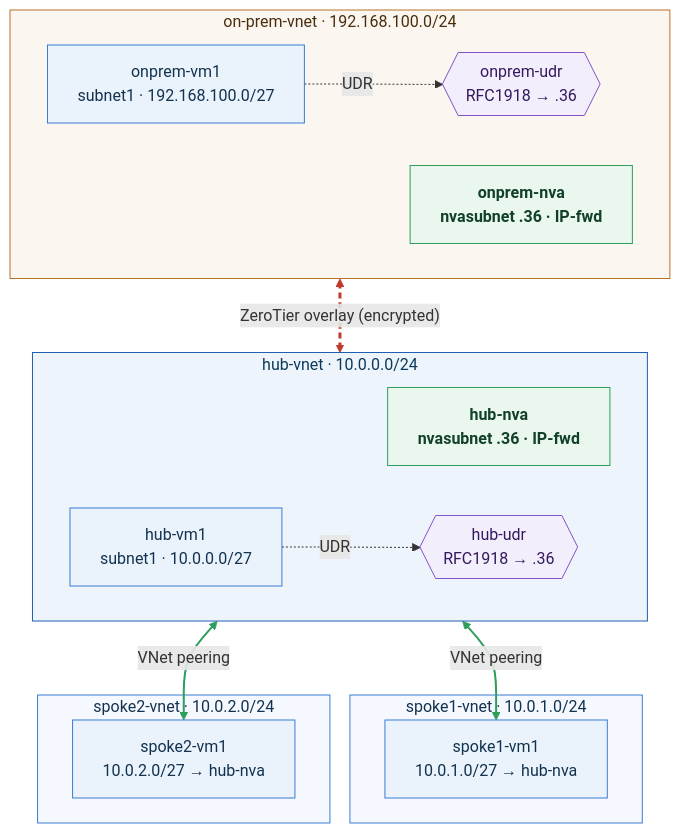
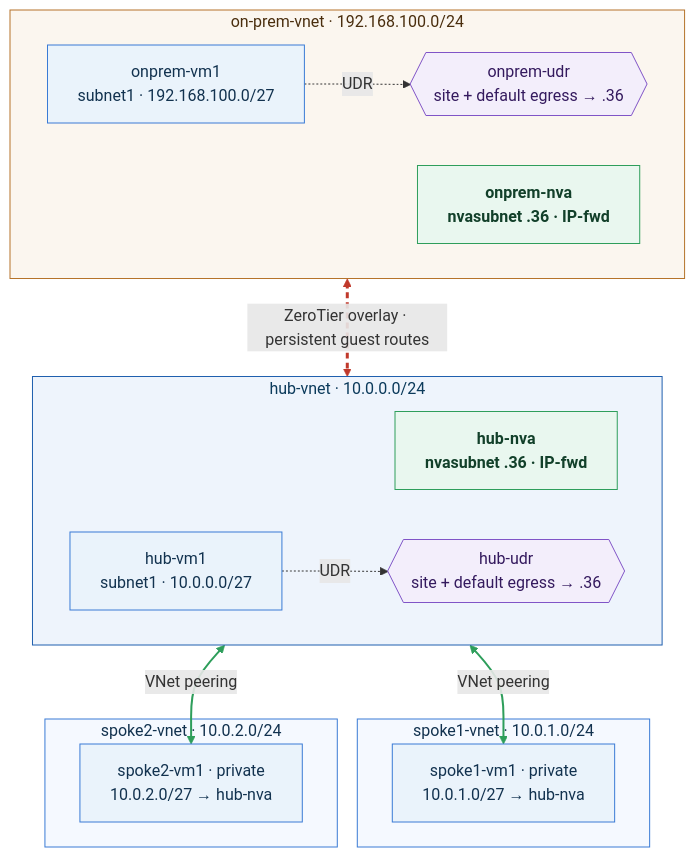
One commit to dmauser/azure-zt-lab changed the diagram in docs/images/scenario1-diagram.mmd. Above: the diagram before and after it, drawn with Mermaid. The commit also changed 36 other files, not shown here.

First line of the commit message:
Harden and validate Azure ZeroTier labs

```diff
--- a/docs/images/scenario1-diagram.mmd
+++ b/docs/images/scenario1-diagram.mmd
@@ -1,52 +1,52 @@
 flowchart TB
     %% ---- On-prem (top) ----
     subgraph OP["on-prem-vnet · 192.168.100.0/24"]
         direction LR
         OPVM["onprem-vm1<br/>subnet1 · 192.168.100.0/27"]
-        OPUDR{{"onprem-udr<br/>RFC1918 → .36"}}
+        OPUDR{{"onprem-udr<br/>site + default egress → .36"}}
         OPNVA["onprem-nva<br/>nvasubnet .36 · IP-fwd"]
         OPVM -. UDR .-> OPUDR
     end
 
     %% ---- Hub (middle) ----
     subgraph HUB["hub-vnet · 10.0.0.0/24"]
         direction LR
         HNVA["hub-nva<br/>nvasubnet .36 · IP-fwd"]
         HVM["hub-vm1<br/>subnet1 · 10.0.0.0/27"]
-        HUDR{{"hub-udr<br/>RFC1918 → .36"}}
+        HUDR{{"hub-udr<br/>site + default egress → .36"}}
         HVM -. UDR .-> HUDR
     end
 
     %% ---- Spokes (bottom) ----
     subgraph S1["spoke1-vnet · 10.0.1.0/24"]
-        S1VM["spoke1-vm1<br/>10.0.1.0/27 → hub-nva"]
+        S1VM["spoke1-vm1 · private<br/>10.0.1.0/27 → hub-nva"]
     end
     subgraph S2["spoke2-vnet · 10.0.2.0/24"]
-        S2VM["spoke2-vm1<br/>10.0.2.0/27 → hub-nva"]
+        S2VM["spoke2-vm1 · private<br/>10.0.2.0/27 → hub-nva"]
     end
 
     %% ---- Links ----
-    OPNVA <== "ZeroTier overlay (encrypted)" ==> HNVA
+    OPNVA <== "ZeroTier overlay · persistent guest routes" ==> HNVA
     HVM <-->|"VNet peering"| S1VM
     HVM <-->|"VNet peering"| S2VM
 
     %% ---- Node styling ----
     classDef vm fill:#eaf3fb,stroke:#3a7bd5,color:#12324f;
     classDef nva fill:#e9f7ef,stroke:#2e9e5b,color:#12402a,font-weight:bold;
     classDef udr fill:#f3eefb,stroke:#8054c7,color:#341a5e;
 
     class OPVM,HVM,S1VM,S2VM vm;
     class OPNVA,HNVA nva;
     class OPUDR,HUDR udr;
 
     %% ---- Subgraph styling ----
     style OP fill:#fbf6ef,stroke:#b5732a,color:#4a2e0e;
     style HUB fill:#eef4fc,stroke:#1f5fae,color:#0b3a5b;
     style S1 fill:#f5f9ff,stroke:#3a7bd5,color:#12324f;
     style S2 fill:#f5f9ff,stroke:#3a7bd5,color:#12324f;
 
     %% ---- Link styling (index = declaration order) ----
     %% 0: onprem UDR  1: hub UDR  2: ZeroTier  3: spoke1  4: spoke2
     linkStyle 2 stroke:#c0392b,stroke-width:3px,stroke-dasharray:6 4;
     linkStyle 3 stroke:#2e9e5b,stroke-width:2px;
     linkStyle 4 stroke:#2e9e5b,stroke-width:2px;
```
